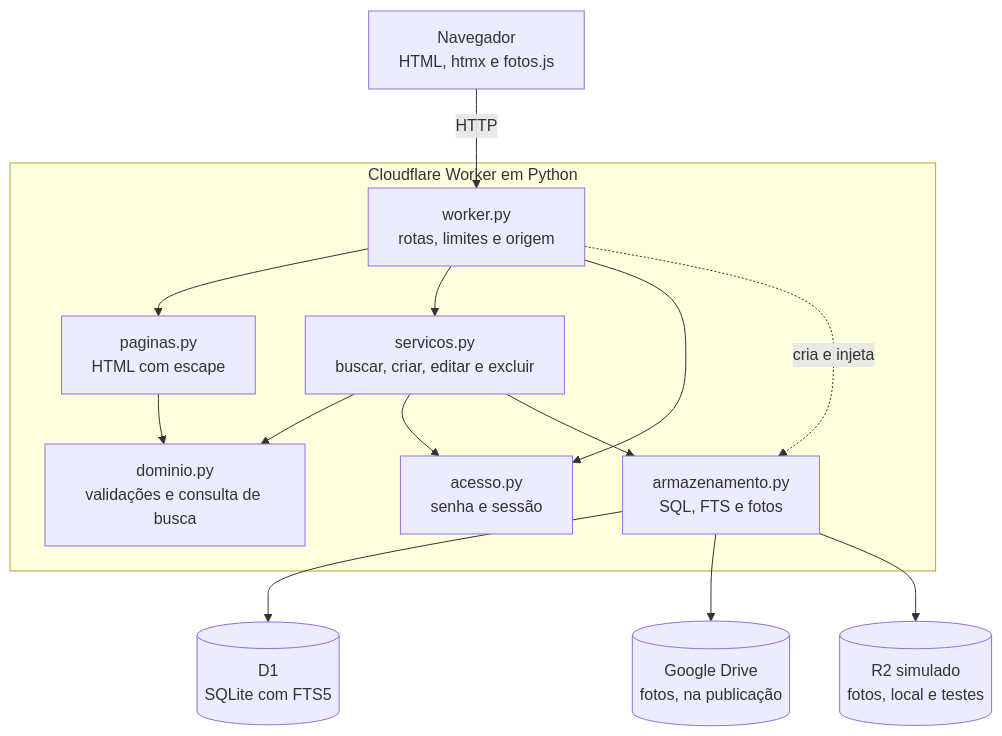
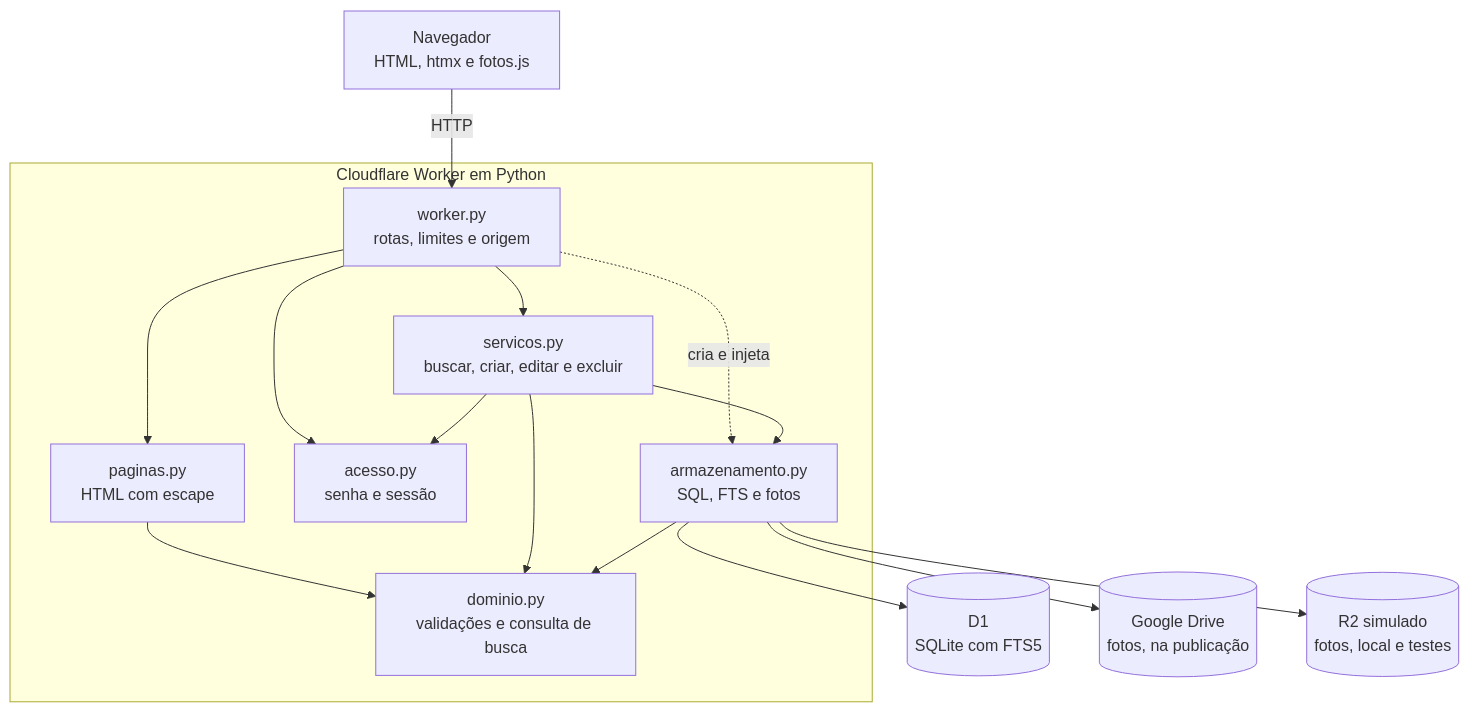
One commit to juliopatti/Amnesia changed the diagram in docs/arquitetura.mmd. Above: the diagram before and after it, drawn with Mermaid.

Commit message:
docs: mostra no diagrama que o armazenamento usa o domínio

```diff
--- a/docs/arquitetura.mmd
+++ b/docs/arquitetura.mmd
@@ -1,28 +1,29 @@
 flowchart TD
     nav["Navegador<br/>HTML, htmx e fotos.js"]
 
     subgraph cf["Cloudflare Worker em Python"]
         worker["worker.py<br/>rotas, limites e origem"]
         paginas["paginas.py<br/>HTML com escape"]
         servicos["servicos.py<br/>buscar, criar, editar e excluir"]
         acesso["acesso.py<br/>senha e sessão"]
         dominio["dominio.py<br/>validações e consulta de busca"]
         armazenamento["armazenamento.py<br/>SQL, FTS e fotos"]
     end
 
     d1[("D1<br/>SQLite com FTS5")]
     drive[("Google Drive<br/>fotos, na publicação")]
     r2[("R2 simulado<br/>fotos, local e testes")]
 
     nav -->|HTTP| worker
     worker --> paginas
     worker --> servicos
     worker --> acesso
     worker -.->|cria e injeta| armazenamento
     paginas --> dominio
     servicos --> dominio
     servicos --> acesso
     servicos --> armazenamento
+    armazenamento --> dominio
     armazenamento --> d1
     armazenamento --> drive
     armazenamento --> r2
```
